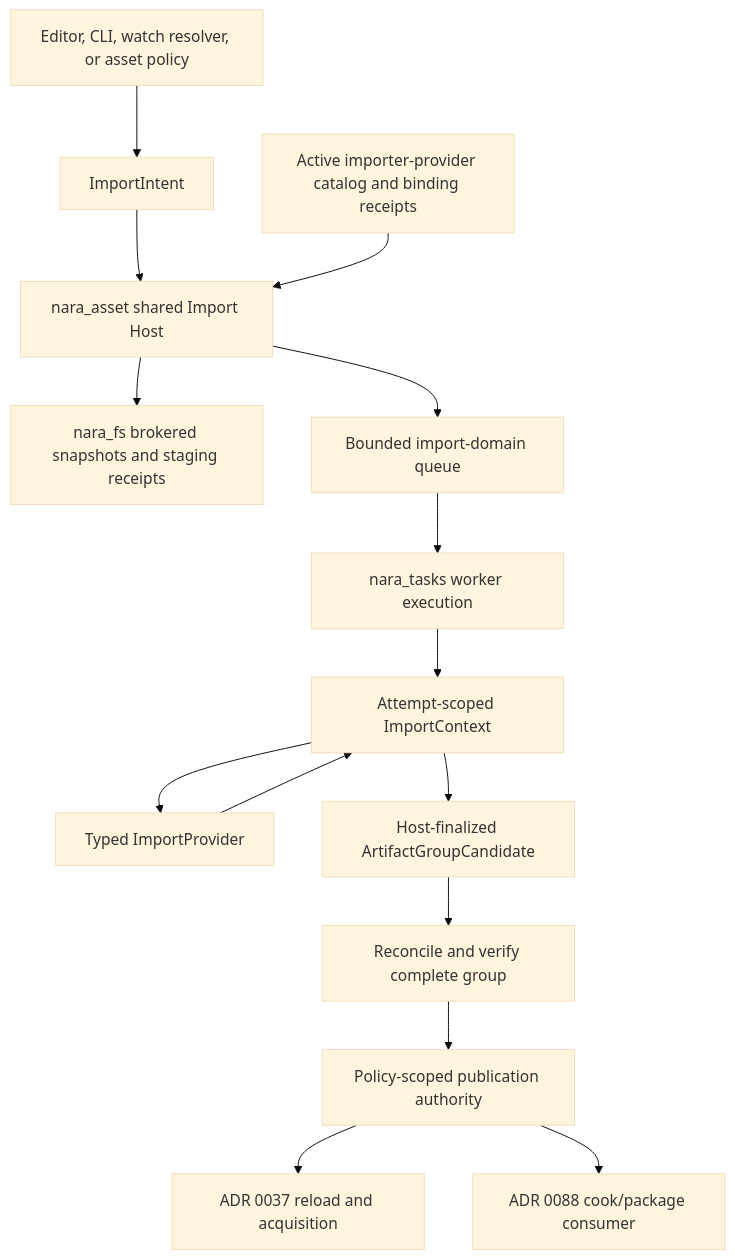
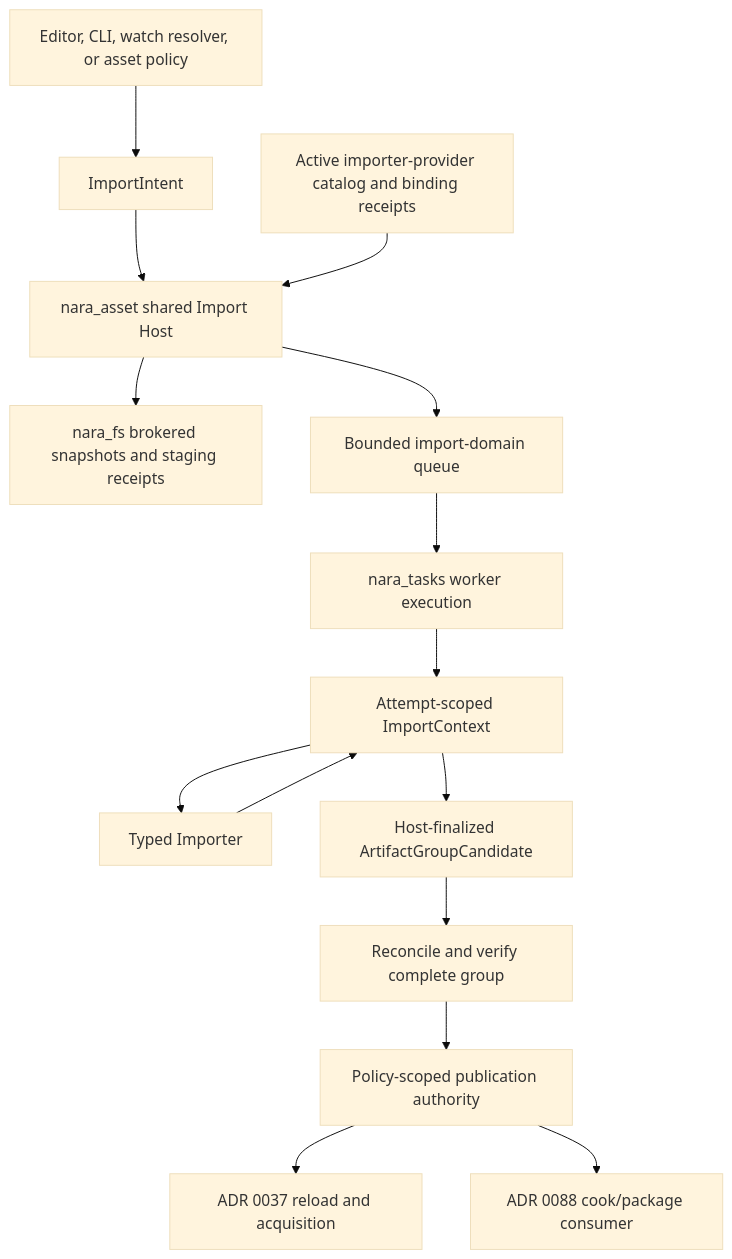
One commit to Latias94/nara changed the diagram in docs/architecture/asset-import-host-interface-design.md. Above: the diagram before and after it, drawn with Mermaid (base theme). The commit also changed other lines of this file and 6 other files, not shown here.

First line of the commit message:
docs(architecture): refine extension module interfaces

````diff
--- a/docs/architecture/asset-import-host-interface-design.md
+++ b/docs/architecture/asset-import-host-interface-design.md
@@ -131,17 +132,17 @@
 ```mermaid
 flowchart TD
     Caller[Editor, CLI, watch resolver, or asset policy] --> Intent[ImportIntent]
     Intent --> Host[nara_asset shared Import Host]
     Catalog[Active importer-provider catalog and binding receipts] --> Host
     Host --> FS[nara_fs brokered snapshots and staging receipts]
     Host --> Queue[Bounded import-domain queue]
     Queue --> Tasks[nara_tasks worker execution]
     Tasks --> Context[Attempt-scoped ImportContext]
-    Context --> Provider[Typed ImportProvider]
-    Provider --> Context
+    Context --> Importer[Typed Importer]
+    Importer --> Context
     Context --> Candidate[Host-finalized ArtifactGroupCandidate]
     Candidate --> Verify[Reconcile and verify complete group]
     Verify --> Publish[Policy-scoped publication authority]
     Publish --> Runtime[ADR 0037 reload and acquisition]
     Publish --> Cook[ADR 0088 cook/package consumer]
 ```
````
